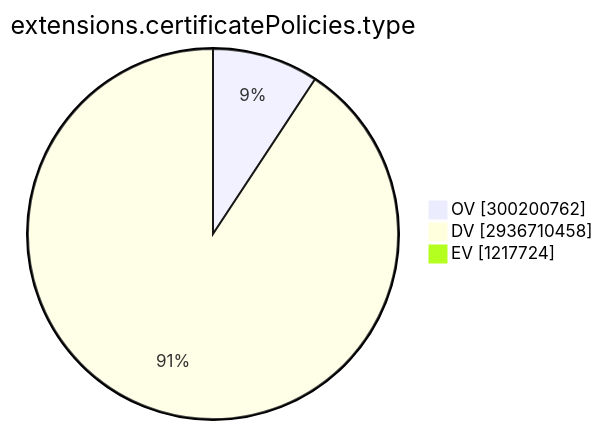
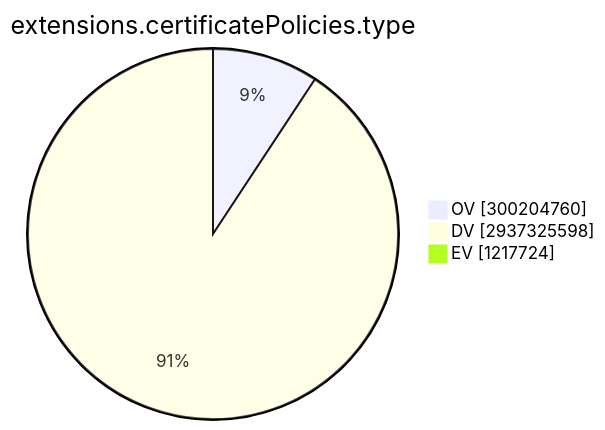
One commit to christiankrug/ctmonitor_visualization changed the ninth of 15 diagrams in TOTAL/README.md. Above: the diagram before and after it, drawn with Mermaid. The commit also changed other lines of this file, not shown here.

````diff
--- a/TOTAL/README.md
+++ b/TOTAL/README.md
@@ -3101,7 +3101,7 @@
 ```mermaid
 pie showData
 title extensions.certificatePolicies.type
-"OV" :300200762
-"DV" :2936710458
+"OV" :300204760
+"DV" :2937325598
 "EV" :1217724
 ```
````
